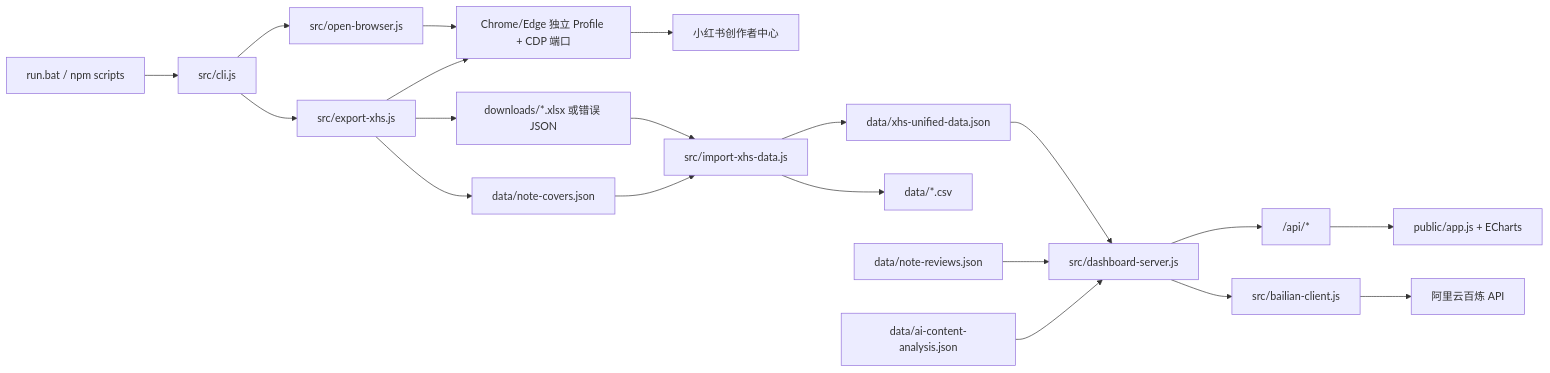
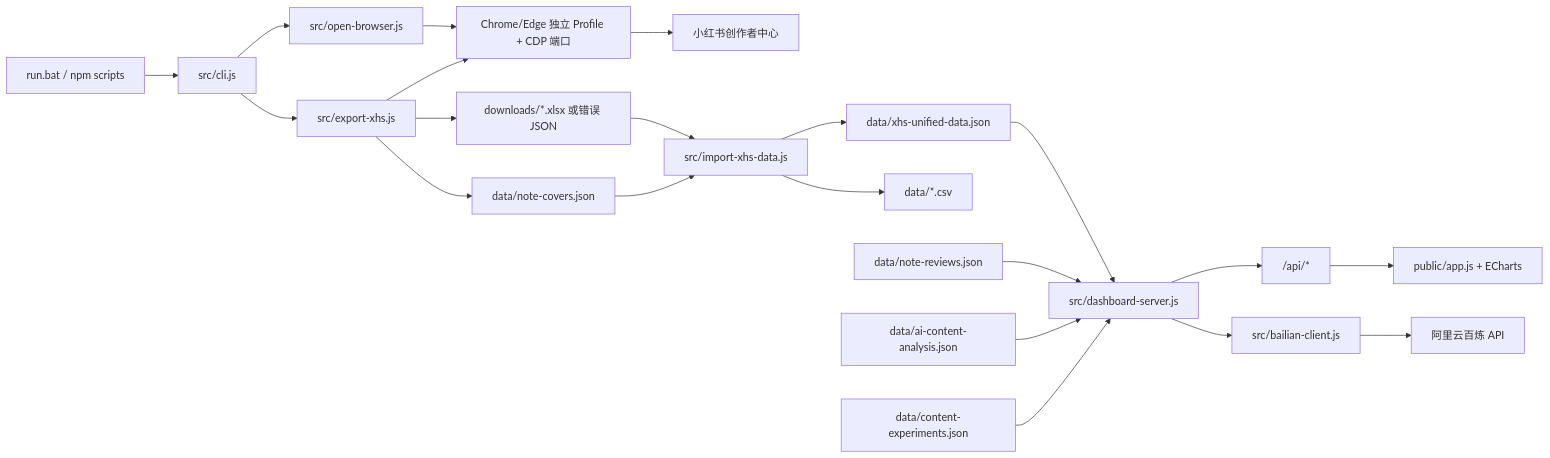
The diagram in docs/PROJECT_STRUCTURE.md (cloud-hu2000/xhs-data-exporter), drawn with Mermaid before and after one commit. The commit also changed other lines of this file and 8 other files, not shown here.

````diff
--- a/docs/PROJECT_STRUCTURE.md
+++ b/docs/PROJECT_STRUCTURE.md
@@ -28,22 +28,23 @@
 ```mermaid
 flowchart LR
   A["run.bat / npm scripts"] --> B["src/cli.js"]
   B --> C["src/open-browser.js"]
   B --> D["src/export-xhs.js"]
   C --> E["Chrome/Edge 独立 Profile + CDP 端口"]
   D --> E
   E --> F["小红书创作者中心"]
   D --> G["downloads/*.xlsx 或错误 JSON"]
   D --> H["data/note-covers.json"]
   G --> I["src/import-xhs-data.js"]
   H --> I
   I --> J["data/xhs-unified-data.json"]
   I --> K["data/*.csv"]
   J --> L["src/dashboard-server.js"]
   M["data/note-reviews.json"] --> L
   N["data/ai-content-analysis.json"] --> L
+  X["data/content-experiments.json"] --> L
   L --> O["/api/*"]
   O --> P["public/app.js + ECharts"]
   L --> Q["src/bailian-client.js"]
   Q --> R["阿里云百炼 API"]
 ```
````
